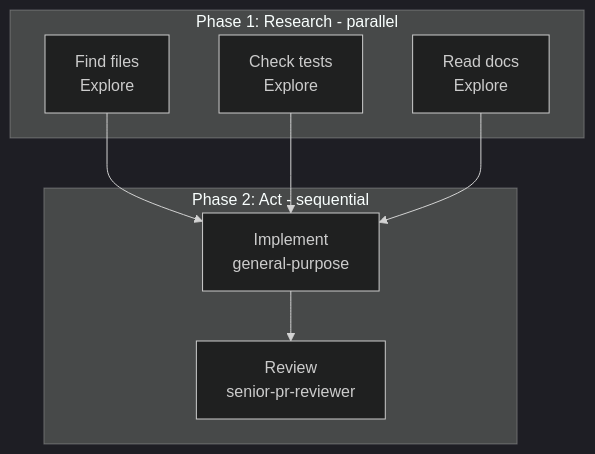
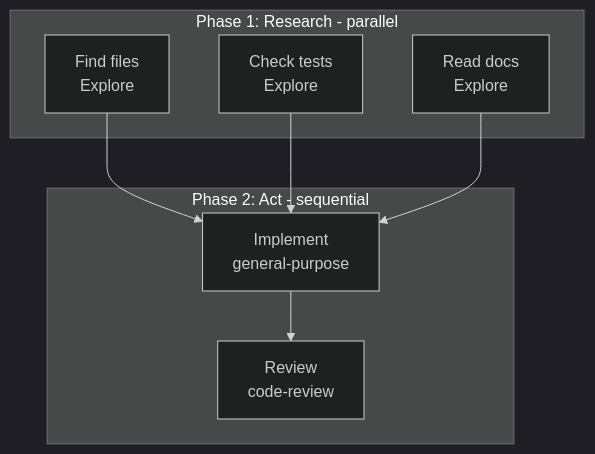
Before and after one commit to yagizdo/quiver-plugin: the eighth of 10 diagrams in skills/orchestrate-agents/SKILL.md, drawn with Mermaid (dark theme). The commit also changed other lines of this file and 5 other files, not shown here.

Commit message:
feat: Introduce `code-review` agent and `review` command, replacing the `senior-pr-reviewer` agent.

````diff
--- a/skills/orchestrate-agents/SKILL.md
+++ b/skills/orchestrate-agents/SKILL.md
@@ -396,18 +396,18 @@
 ```mermaid
 flowchart TB
     subgraph PARALLEL[Phase 1: Research - parallel]
         S1[Find files<br/>Explore]
         S2[Check tests<br/>Explore]
         S3[Read docs<br/>Explore]
     end
 
     subgraph SEQUENTIAL[Phase 2: Act - sequential]
         S4[Implement<br/>general-purpose]
-        S5[Review<br/>senior-pr-reviewer]
+        S5[Review<br/>code-review]
     end
 
     S1 --> S4
     S2 --> S4
     S3 --> S4
     S4 --> S5
 ```
````
